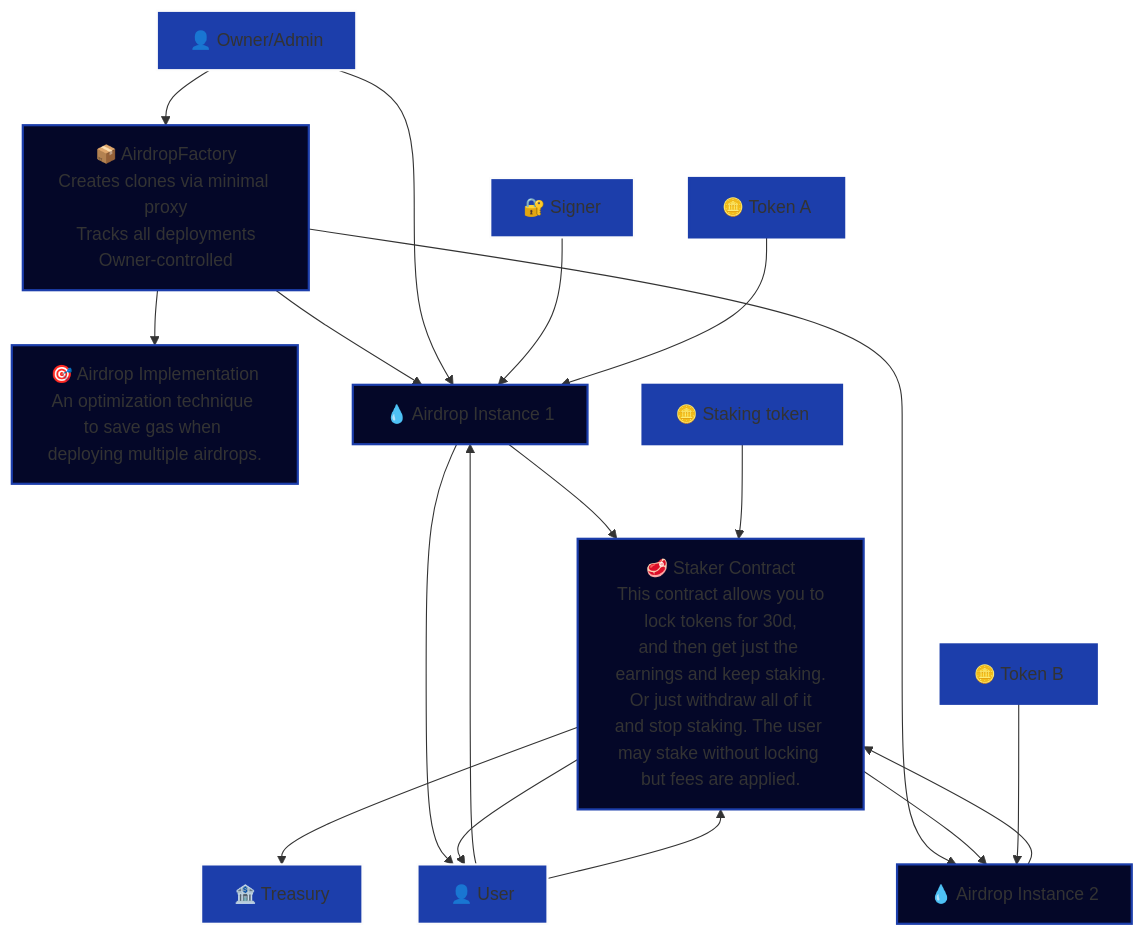
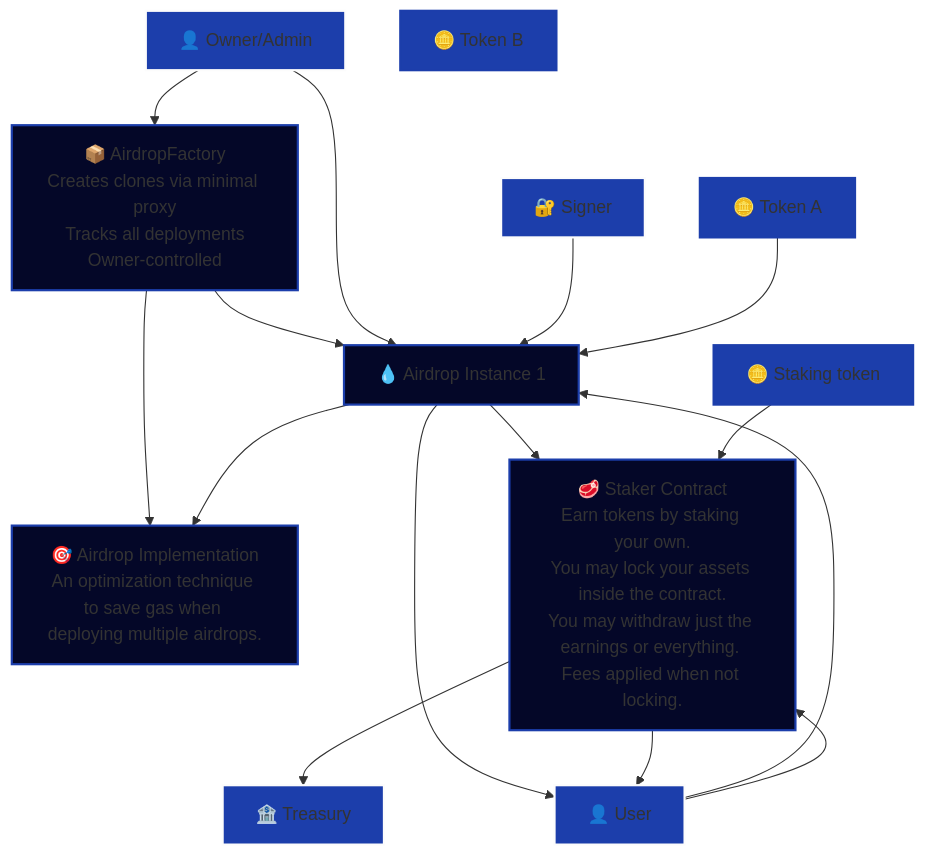
One commit to dragonswap-app/dragonswap-airdrop-and-staker changed the diagram in script/README.md. Above: the diagram before and after it, drawn with Mermaid.

````diff
--- a/script/README.md
+++ b/script/README.md
@@ -207,60 +207,57 @@
 ```mermaid
 graph TB
     %% External Entities
     Owner["👤 Owner/Admin"]
     User["👤 User"]
     Treasury["🏦 Treasury"]
     Signer["🔐 Signer"]
     
     %% Core Contracts
     Factory["📦 AirdropFactory<br/>Creates clones via minimal proxy<br/>Tracks all deployments<br/>Owner-controlled"]
     
     Implementation["🎯 Airdrop Implementation<br/>An optimization technique to save gas when deploying multiple airdrops."]
     
     AirdropInstance1["💧 Airdrop Instance 1"]
     
-    AirdropInstance2["💧 Airdrop Instance 2"]
-    
-    Staker["🥩 Staker Contract<br/> This contract allows you to lock tokens for 30d,</br>and then get just the earnings and keep staking.</br> Or just withdraw all of it and stop staking. The user may stake without locking but fees are applied."]
+    Staker["🥩 Staker Contract<br/>Earn tokens by staking your own.</br>You may lock your assets inside the contract.</br>You may withdraw just the earnings or everything. Fees applied when not locking."]
     
     %% Tokens
     Token1["🪙 Token A"]
     Token2["🪙 Token B"]
     RewardTokens["🪙 Staking token"]
     
     %% Factory Relationships
     Owner --> Factory
     Factory --> Implementation
     Factory --> AirdropInstance1
-    Factory --> AirdropInstance2
+
     
     %% Airdrop Management
     Owner --> AirdropInstance1
     User --> AirdropInstance1
     Signer --> AirdropInstance1
     
     %% Core Flow
     AirdropInstance1 --> Staker
     AirdropInstance1 --> User
+    AirdropInstance1 --> Implementation
     
     %% Staker Operations
     User --> Staker
     Staker --> Treasury
     Staker --> User
-    Staker --> AirdropInstance2
-    AirdropInstance2 --> Staker
+
     
     %% Token Relationships
     Token1 --> AirdropInstance1
-    Token2 --> AirdropInstance2
     RewardTokens --> Staker
     
     %% Styling
     classDef contractClass fill:#040728,stroke:#1c3eab,stroke-width:2px
     classDef userClass fill:#1c3eab,stroke:#fcfcfc,stroke-width:2px
     classDef tokenClass fill:#1c3eab,stroke:#1c3eab,stroke-width:2px
     
-    class Factory,Implementation,AirdropInstance1,AirdropInstance2,Staker contractClass
+    class Factory,Implementation,AirdropInstance1,Staker contractClass
     class Owner,User,Treasury,Signer userClass
     class Token1,Token2,RewardTokens tokenClass
 ```
````
